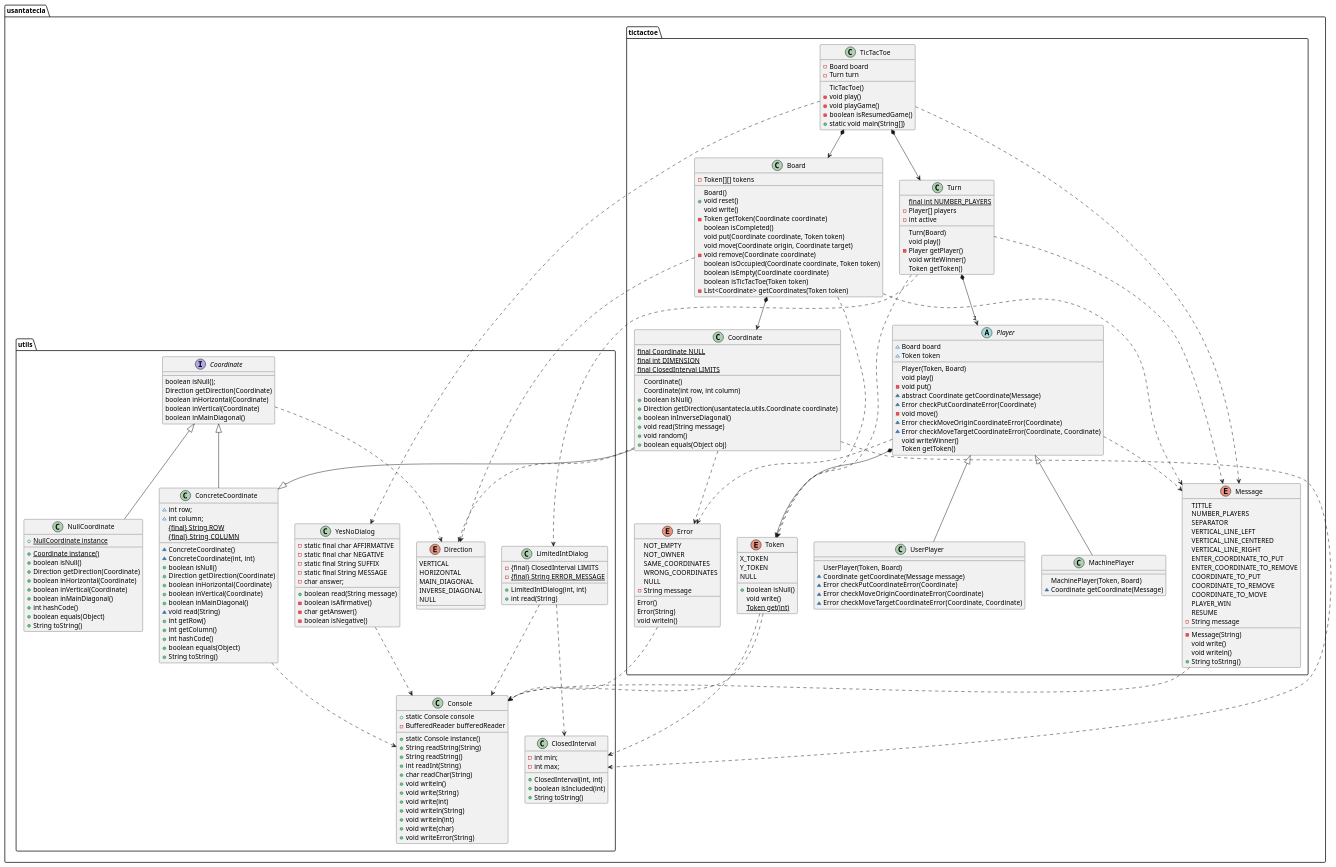
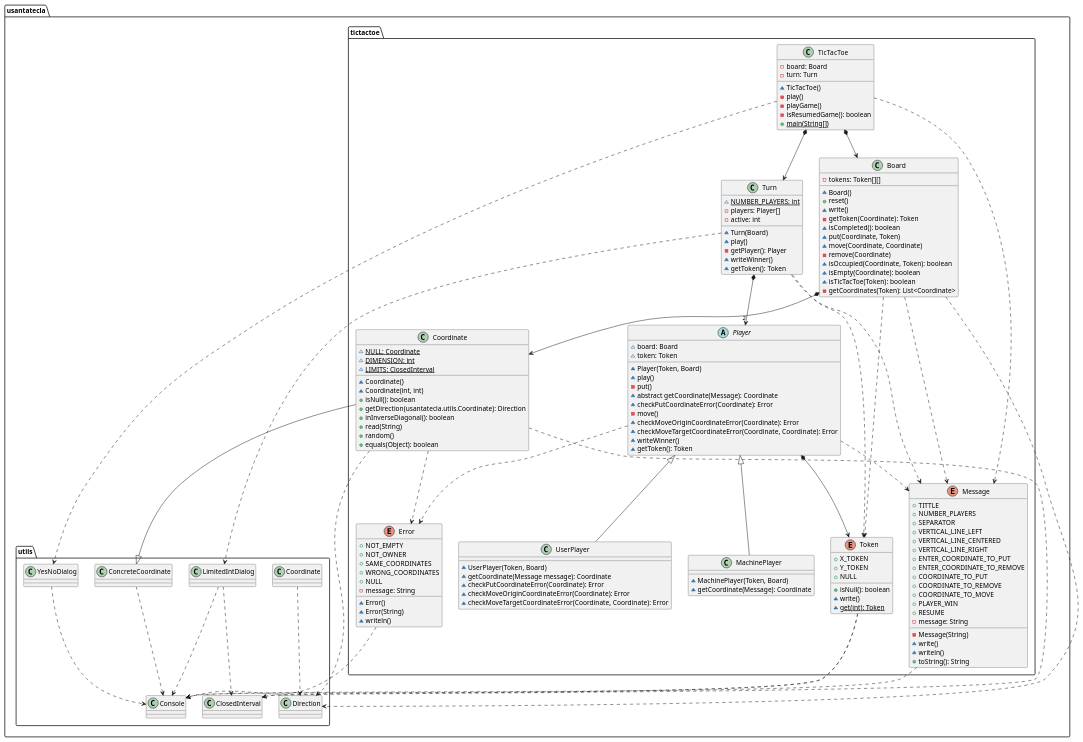
The first of 2 diagrams in domainModel/docs/diagrams/src/paquetes.plantuml (Jolucaa/USantaTecla-project-ticTacToe), drawn with PlantUML before and after one commit. The commit also changed other lines of this file and 4 other files, not shown here.

Commit message:
DomainModel diagrams updated and finished #1

```diff
--- a/domainModel/docs/diagrams/src/paquetes.plantuml
+++ b/domainModel/docs/diagrams/src/paquetes.plantuml
@@ -1,126 +1,126 @@
 @startuml tictactoe
 namespace usantatecla.tictactoe {
 class Board {
-	- Token[][] tokens
-	Board()
-	+ void reset() 
-	void write() 
-	- Token getToken(Coordinate coordinate)
-	boolean isCompleted()
-	void put(Coordinate coordinate, Token token) 
-	void move(Coordinate origin, Coordinate target) 
-	- void remove(Coordinate coordinate) 
-	boolean isOccupied(Coordinate coordinate, Token token) 
-	boolean isEmpty(Coordinate coordinate)
-	boolean isTicTacToe(Token token) 
-	- List<Coordinate> getCoordinates(Token token) 
+	- tokens: Token[][] 
+	~ Board()
+	+ reset() 
+	~ write() 
+	- getToken(Coordinate): Token 
+	~ isCompleted(): boolean 
+	~ put(Coordinate, Token) 
+	~ move(Coordinate, Coordinate) 
+	- remove(Coordinate) 
+	~ isOccupied(Coordinate, Token): boolean 
+	~ isEmpty(Coordinate): boolean
+	~ isTicTacToe(Token): boolean
+	- getCoordinates(Token): List<Coordinate> 
 }
 
 class Coordinate {
-	{static} final Coordinate NULL
-	{static} final int DIMENSION
-	{static} final ClosedInterval LIMITS
-	Coordinate()
-	Coordinate(int row, int column)
-	+ boolean isNull()
-	+ Direction getDirection(usantatecla.utils.Coordinate coordinate) 
-	+ boolean inInverseDiagonal()
-	+ void read(String message)
-	+ void random() 
-	+ boolean equals(Object obj)
+	~ NULL: {static} Coordinate
+	~ DIMENSION: {static} int 
+	~ LIMITS: {static} ClosedInterval 
+	~ Coordinate()
+	~ Coordinate(int, int)
+	+ isNull(): boolean 
+	+ getDirection(usantatecla.utils.Coordinate): Direction 
+	+ inInverseDiagonal(): boolean 
+	+ read(String)
+	+ random() 
+	+ equals(Object): boolean 
 }
 
 enum Error {
 
-	NOT_EMPTY
-	NOT_OWNER
-	SAME_COORDINATES
-	WRONG_COORDINATES
-	NULL
-	- String message
-	Error()
-	Error(String)
-	void writeln()
+	+ NOT_EMPTY
+	+ NOT_OWNER
+	+ SAME_COORDINATES
+	+ WRONG_COORDINATES
+	+ NULL
+	- message: String 
+	~ Error()
+	~ Error(String)
+	~ writeln()
 }
 
 class MachinePlayer {
-	MachinePlayer(Token, Board)
-	~ Coordinate getCoordinate(Message)
+	~ MachinePlayer(Token, Board)
+	~ getCoordinate(Message): Coordinate 
 }
 
 enum Message {
-	TITTLE
-	NUMBER_PLAYERS
-	SEPARATOR
-	VERTICAL_LINE_LEFT
-	VERTICAL_LINE_CENTERED
-	VERTICAL_LINE_RIGHT
-	ENTER_COORDINATE_TO_PUT
-	ENTER_COORDINATE_TO_REMOVE
-	COORDINATE_TO_PUT
-	COORDINATE_TO_REMOVE
-	COORDINATE_TO_MOVE
-	PLAYER_WIN
-	RESUME
-	- String message
+	+ TITTLE
+	+ NUMBER_PLAYERS
+	+ SEPARATOR
+	+ VERTICAL_LINE_LEFT
+	+ VERTICAL_LINE_CENTERED
+	+ VERTICAL_LINE_RIGHT
+	+ ENTER_COORDINATE_TO_PUT
+	+ ENTER_COORDINATE_TO_REMOVE
+	+ COORDINATE_TO_PUT
+	+ COORDINATE_TO_REMOVE
+	+ COORDINATE_TO_MOVE
+	+ PLAYER_WIN
+	+ RESUME
+	- message: String 
 	- Message(String)
-	void write()
-	void writeln()
-	+ String toString()
+	~ write()
+	~ writeln()
+	+ toString(): String 
 }
 
 
 abstract class Player {
-	~ Board board
-	~ Token token
-	Player(Token, Board)
-	void play()
-	- void put()
-	~ abstract Coordinate getCoordinate(Message)
-	~ Error checkPutCoordinateError(Coordinate)
-	- void move()
-	~ Error checkMoveOriginCoordinateError(Coordinate)
-	~ Error checkMoveTargetCoordinateError(Coordinate, Coordinate)
-	void writeWinner()
-	Token getToken()
+	~ board: Board 
+	~ token: Token 
+	~ Player(Token, Board)
+	~ play()
+	- put()
+	~ abstract getCoordinate(Message): Coordinate 
+	~ checkPutCoordinateError(Coordinate): Error 
+	- move()
+	~ checkMoveOriginCoordinateError(Coordinate): Error 
+	~ checkMoveTargetCoordinateError(Coordinate, Coordinate): Error 
+	~ writeWinner()
+	~ getToken(): Token 
 }
 
 class TicTacToe{
-    - Board board
-	- Turn turn
-    TicTacToe()
-	- void play()
-    - void playGame()
-	- boolean isResumedGame()
-	+ static void main(String[])
+    - board: Board 
+	- turn: Turn 
+    ~ TicTacToe()
+	- play()
+    - playGame()
+	- isResumedGame(): boolean
+	+ {static} main(String[])
 }
 
 enum Token {
-	X_TOKEN
-	Y_TOKEN
-	NULL
-    + boolean isNull()
-    void write()
-    {static} Token get(int)
+	+ X_TOKEN
+	+ Y_TOKEN
+	+ NULL
+    + isNull(): boolean 
+    ~ write()
+    ~ {static} get(int): Token 
 }
 
 class Turn {
-	{static} final int NUMBER_PLAYERS
-	- Player[] players
-	- int active
-	Turn(Board)
-	void play()
-	- Player getPlayer()
-	void writeWinner()
-	Token getToken()
+	~ NUMBER_PLAYERS: {static} int 
+	- players: Player[] 
+	- active: int 
+	~ Turn(Board)
+	~ play()
+	- getPlayer(): Player 
+	~ writeWinner()
+	~ getToken(): Token  
 }
 
 class UserPlayer extends Player {
-	UserPlayer(Token, Board)
-	~ Coordinate getCoordinate(Message message)
-	~ Error checkPutCoordinateError(Coordinate)
-	~ Error checkMoveOriginCoordinateError(Coordinate)
-	~ Error checkMoveTargetCoordinateError(Coordinate, Coordinate)
+	~ UserPlayer(Token, Board)
+	~ getCoordinate(Message message): Coordinate
+	~ checkPutCoordinateError(Coordinate): Error 
+	~ checkMoveOriginCoordinateError(Coordinate): Error
+	~ checkMoveTargetCoordinateError(Coordinate, Coordinate): Error
 }
 
 TicTacToe *-down-> Board
@@ -138,105 +138,6 @@
 Player .down.> Message
 TicTacToe .down.> Message
 Turn .down.> Message
-
-}
-
-namespace usantatecla.utils {
-
-interface Coordinate {
-	boolean isNull();
-	Direction getDirection(Coordinate)
-	boolean inHorizontal(Coordinate)
-	boolean inVertical(Coordinate)
-	boolean inMainDiagonal()
-}
-
-class ConcreteCoordinate {
-	~ int row;
-	~ int column;
-	{static} {final} String ROW
-	{static} {final}  String COLUMN
-	~ ConcreteCoordinate()
-	~ ConcreteCoordinate(int, int)
-	+ boolean isNull()
-	+ Direction getDirection(Coordinate)
-	+ boolean inHorizontal(Coordinate)
-	+ boolean inVertical(Coordinate)
-	+ boolean inMainDiagonal()
-	~ void read(String)
-	+ int getRow()
-	+ int getColumn()
-	+ int hashCode()
-	+ boolean equals(Object)
-	+ String toString()
-}
-class NullCoordinate {
-	+ {static} NullCoordinate instance
-	+ {static} Coordinate instance()
-	+ boolean isNull()
-	+ Direction getDirection(Coordinate)
-	+ boolean inHorizontal(Coordinate)
-	+ boolean inVertical(Coordinate)
-	+ boolean inMainDiagonal()
-	+ int hashCode()
-	+ boolean equals(Object)
-	+ String toString()
-}
-
-enum Direction {
-	VERTICAL
-	HORIZONTAL
-	MAIN_DIAGONAL
-	INVERSE_DIAGONAL
-	NULL
-}
-
-class Console {
-	+ static Console console
-	+ static Console instance()
-	- BufferedReader bufferedReader
-	+ String readString(String)
-	+ String readString()
-	+ int readInt(String)
-	+ char readChar(String)
-	+ void writeln()
-	+ void write(String)
-	+ void write(int)
-	+ void writeln(String)
-	+ void writeln(int)
-	+ void write(char)
-	+ void writeError(String)
-}
-
-class ClosedInterval {
-	- int min;
-	- int max;
-	+ ClosedInterval(int, int)
-	+ boolean isIncluded(int)
-	+ String toString()
-}
-
-class YesNoDialog {
-	- static final char AFFIRMATIVE
-	- static final char NEGATIVE
-	- static final String SUFFIX
-	- static final String MESSAGE
-	- char answer;
-	+ boolean read(String message)
-	- boolean isAfirmative()
-	- char getAnswer()
-	- boolean isNegative()
-}
-
-class LimitedIntDialog {
-	- {final} ClosedInterval LIMITS
-	- {static} {final} String ERROR_MESSAGE
-	+ LimitedIntDialog(int, int)
-	+ int read(String)
-}
-
-Coordinate <|-down- ConcreteCoordinate
-Coordinate <|-down- NullCoordinate
 
 }
 
```
